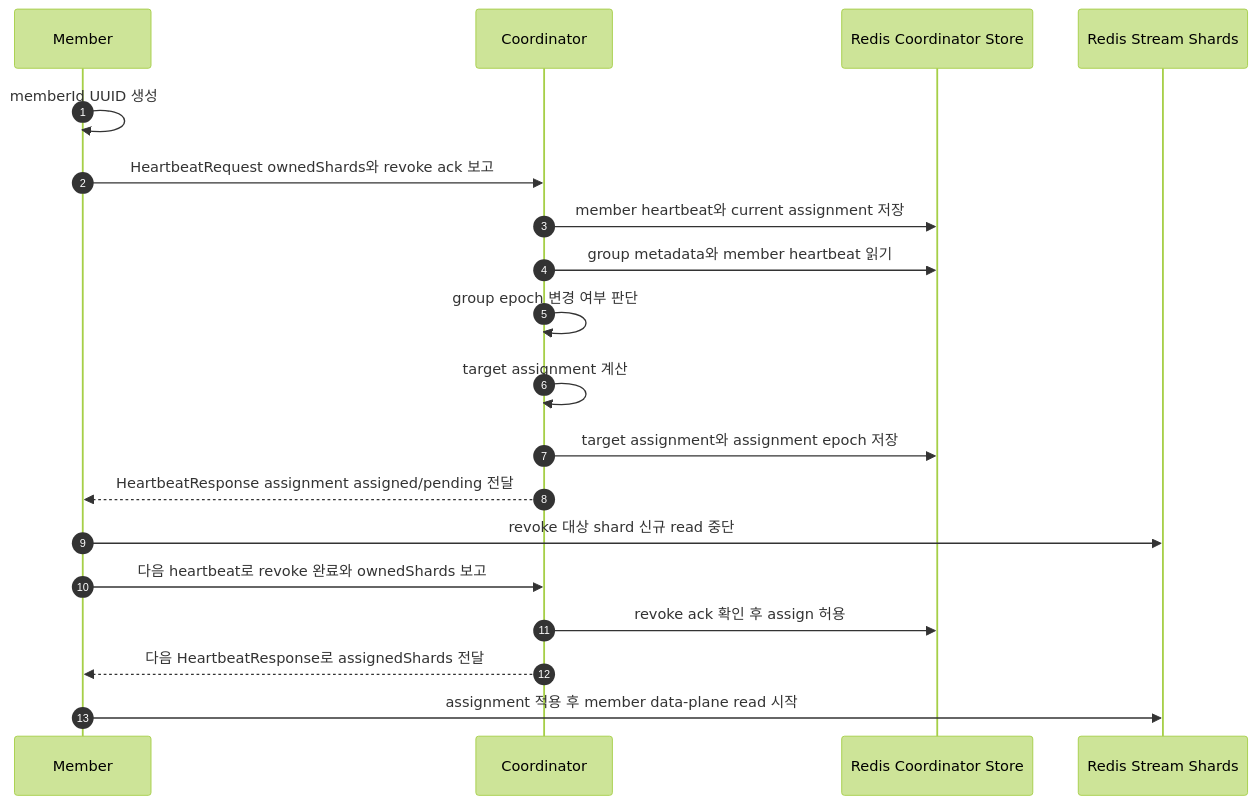
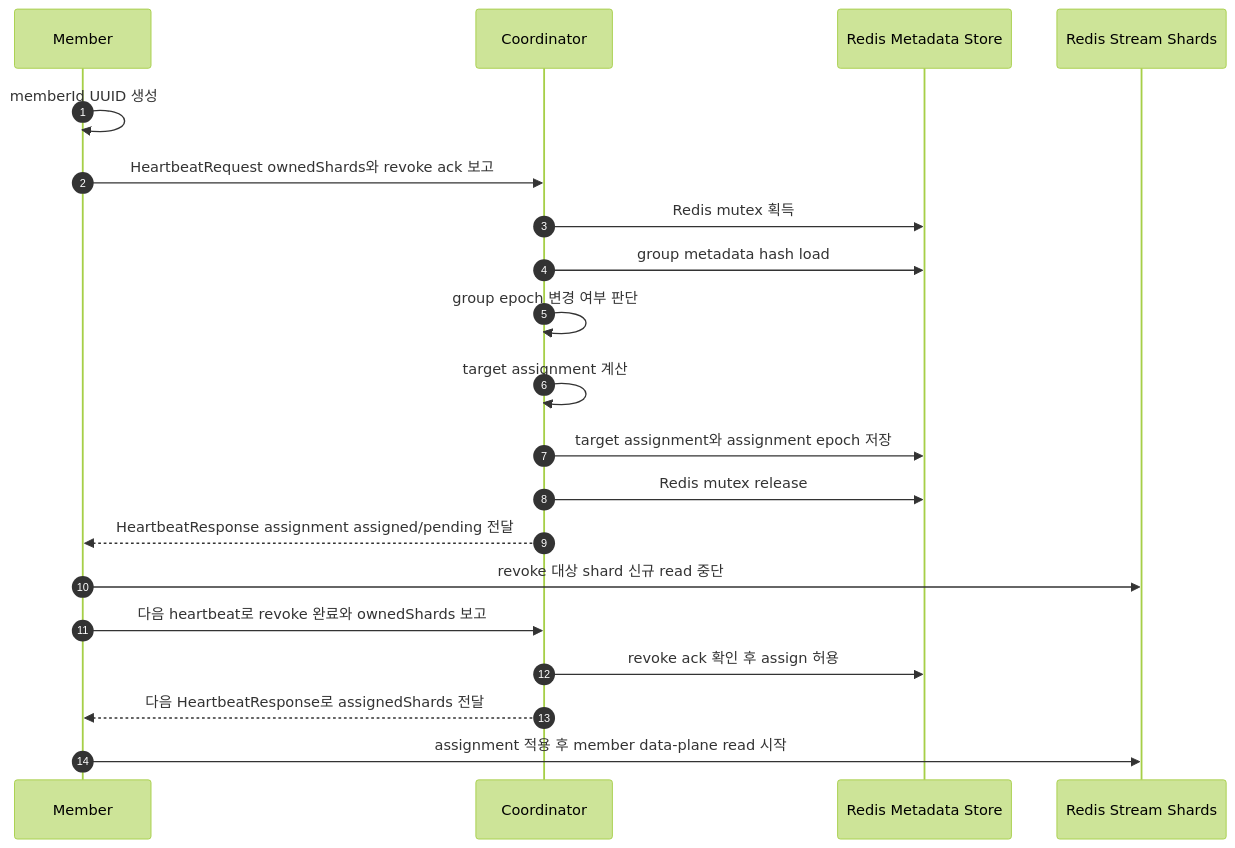
The first of 4 diagrams in docs/ko/prd/02-coordinator-architecture.md (ghkdqhrbals/redis-stream-coordinator), drawn with Mermaid (forest theme) before and after one commit. The commit also changed other lines of this file and 89 other files, not shown here.

````diff
--- a/docs/ko/prd/02-coordinator-architecture.md
+++ b/docs/ko/prd/02-coordinator-architecture.md
@@ -5,22 +5,23 @@
 ```mermaid
 sequenceDiagram
     autonumber
     participant M as Member
     participant Coord as Coordinator
-    participant Store as Redis Coordinator Store
+    participant Store as Redis Metadata Store
     participant Stream as Redis Stream Shards
 
     M->>M: memberId UUID 생성
     M->>Coord: HeartbeatRequest ownedShards와 revoke ack 보고
-    Coord->>Store: member heartbeat와 current assignment 저장
-    Coord->>Store: group metadata와 member heartbeat 읽기
+    Coord->>Store: Redis mutex 획득
+    Coord->>Store: group metadata hash load
     Coord->>Coord: group epoch 변경 여부 판단
     Coord->>Coord: target assignment 계산
     Coord->>Store: target assignment와 assignment epoch 저장
+    Coord->>Store: Redis mutex release
     Coord-->>M: HeartbeatResponse assignment assigned/pending 전달
     M->>Stream: revoke 대상 shard 신규 read 중단
     M->>Coord: 다음 heartbeat로 revoke 완료와 ownedShards 보고
     Coord->>Store: revoke ack 확인 후 assign 허용
     Coord-->>M: 다음 HeartbeatResponse로 assignedShards 전달
     M->>Stream: assignment 적용 후 member data-plane read 시작
 ```
````
